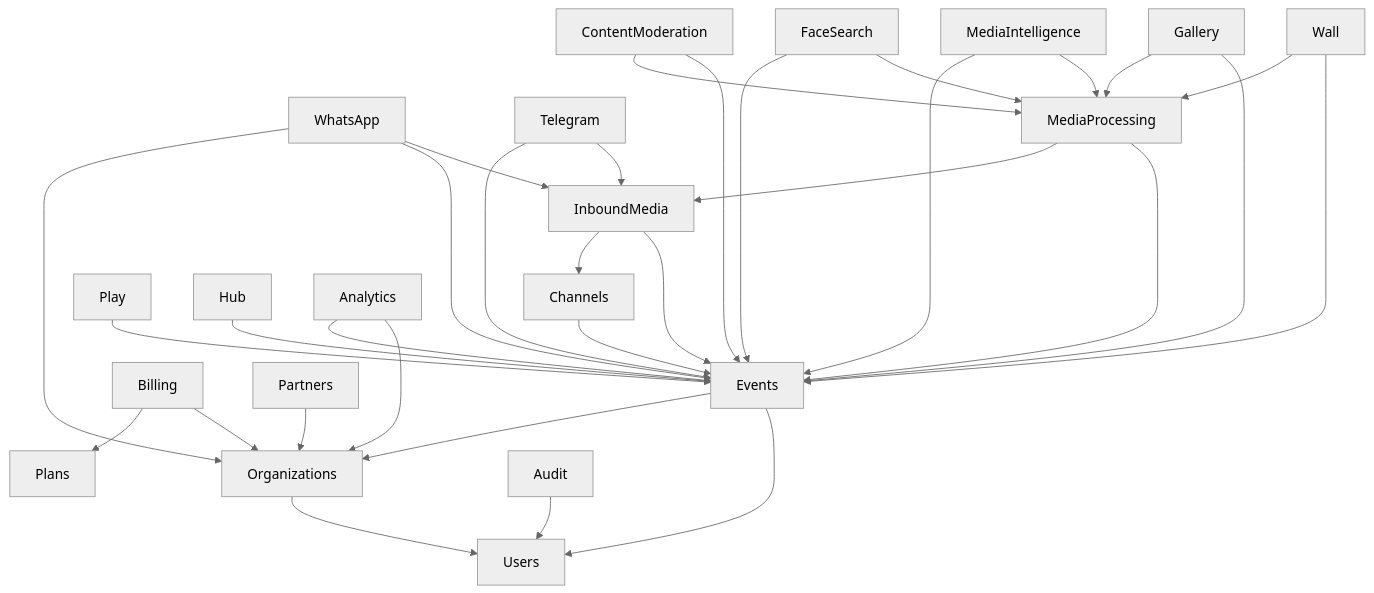
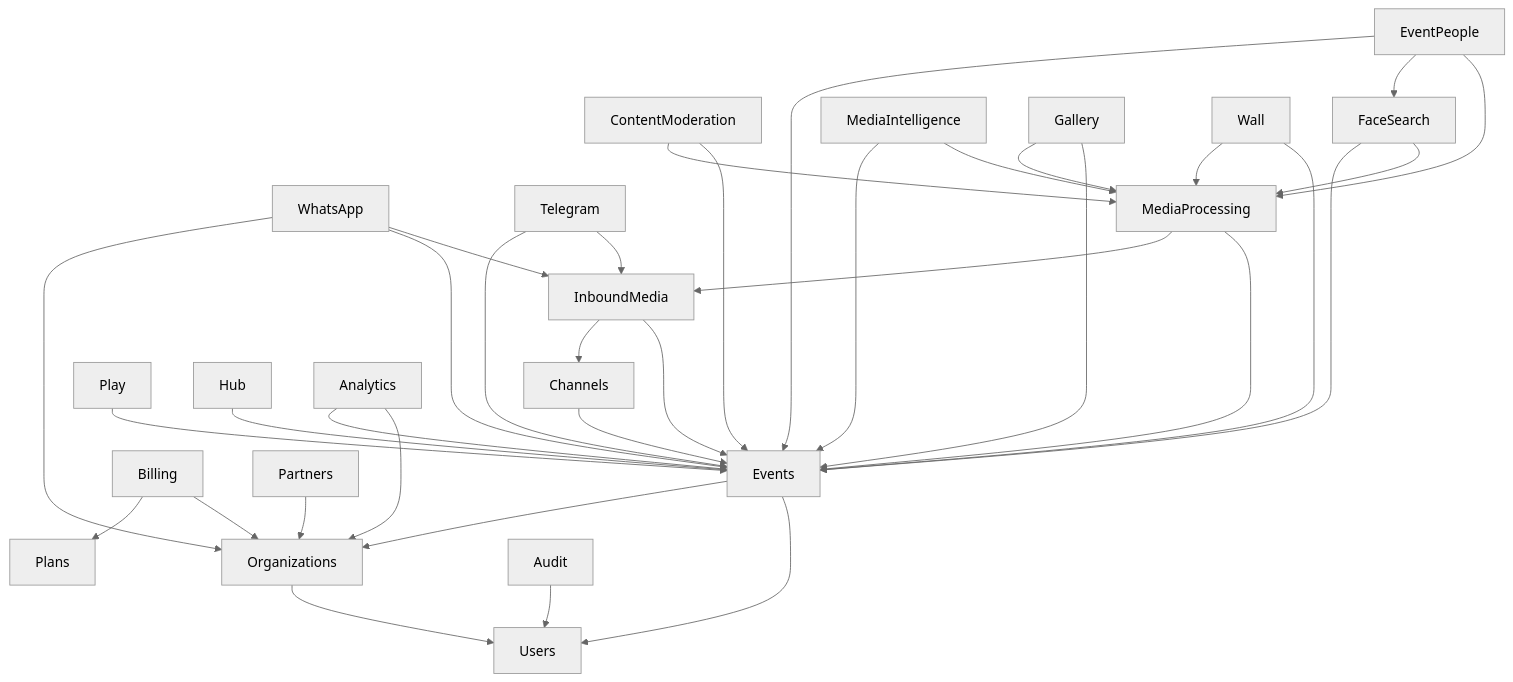
Before and after one commit to hypeneural/vivoevento: the diagram in docs/modules/module-map.md, drawn with Mermaid (neutral theme). The commit also changed other lines of this file and 196 other files, not shown here.

Commit message:
feat: consolida event people convites e wall

````diff
--- a/docs/modules/module-map.md
+++ b/docs/modules/module-map.md
@@ -33,34 +34,37 @@
 ```mermaid
 graph TD
     Organizations --> Users
     Events --> Organizations
     Events --> Users
     Channels --> Events
     InboundMedia --> Channels
     InboundMedia --> Events
     WhatsApp --> Organizations
     WhatsApp --> Events
     WhatsApp --> InboundMedia
     Telegram --> Events
     Telegram --> InboundMedia
     MediaProcessing --> InboundMedia
     MediaProcessing --> Events
     ContentModeration --> MediaProcessing
     ContentModeration --> Events
     FaceSearch --> Events
     FaceSearch --> MediaProcessing
+    EventPeople --> Events
+    EventPeople --> FaceSearch
+    EventPeople --> MediaProcessing
     MediaIntelligence --> Events
     MediaIntelligence --> MediaProcessing
     Gallery --> MediaProcessing
     Gallery --> Events
     Wall --> MediaProcessing
     Wall --> Events
     Play --> Events
     Hub --> Events
     Billing --> Plans
     Billing --> Organizations
     Partners --> Organizations
     Analytics --> Events
     Analytics --> Organizations
     Audit --> Users
 ```
````
